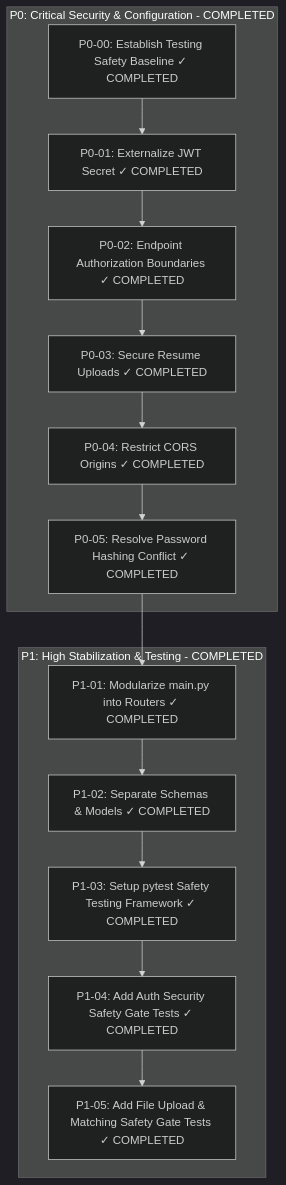
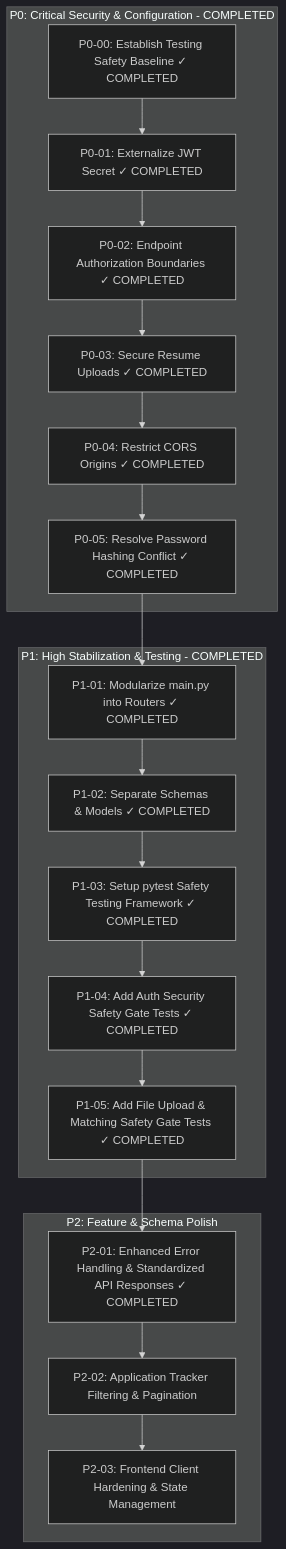
The diagram in docs/ROADMAP.md (AlvinMutie/Job-seer), drawn with Mermaid (dark theme) before and after one commit. The commit also changed other lines of this file and 15 other files, not shown here.

Commit message:
test: add standardized error handling coverage and expand test data fixtures

````diff
--- a/docs/ROADMAP.md
+++ b/docs/ROADMAP.md
@@ -9,21 +9,27 @@
 ```mermaid
 flowchart TD
     subgraph P0 [P0: Critical Security & Configuration - COMPLETED]
         P0-00[P0-00: Establish Testing Safety Baseline ✓ COMPLETED]
         P0-01[P0-01: Externalize JWT Secret ✓ COMPLETED]
         P0-02[P0-02: Endpoint Authorization Boundaries ✓ COMPLETED]
         P0-03[P0-03: Secure Resume Uploads ✓ COMPLETED]
         P0-04[P0-04: Restrict CORS Origins ✓ COMPLETED]
         P0-05[P0-05: Resolve Password Hashing Conflict ✓ COMPLETED]
     end
 
     subgraph P1 [P1: High Stabilization & Testing - COMPLETED]
         P1-01[P1-01: Modularize main.py into Routers ✓ COMPLETED]
         P1-02[P1-02: Separate Schemas & Models ✓ COMPLETED]
         P1-03[P1-03: Setup pytest Safety Testing Framework ✓ COMPLETED]
         P1-04[P1-04: Add Auth Security Safety Gate Tests ✓ COMPLETED]
         P1-05[P1-05: Add File Upload & Matching Safety Gate Tests ✓ COMPLETED]
     end
 
-    P0-00 --> P0-01 --> P0-02 --> P0-03 --> P0-04 --> P0-05 --> P1-01 --> P1-02 --> P1-03 --> P1-04 --> P1-05
+    subgraph P2 [P2: Feature & Schema Polish]
+        P2-01[P2-01: Enhanced Error Handling & Standardized API Responses ✓ COMPLETED]
+        P2-02[P2-02: Application Tracker Filtering & Pagination]
+        P2-03[P2-03: Frontend Client Hardening & State Management]
+    end
+
+    P0-00 --> P0-01 --> P0-02 --> P0-03 --> P0-04 --> P0-05 --> P1-01 --> P1-02 --> P1-03 --> P1-04 --> P1-05 --> P2-01 --> P2-02 --> P2-03
 ```
````
